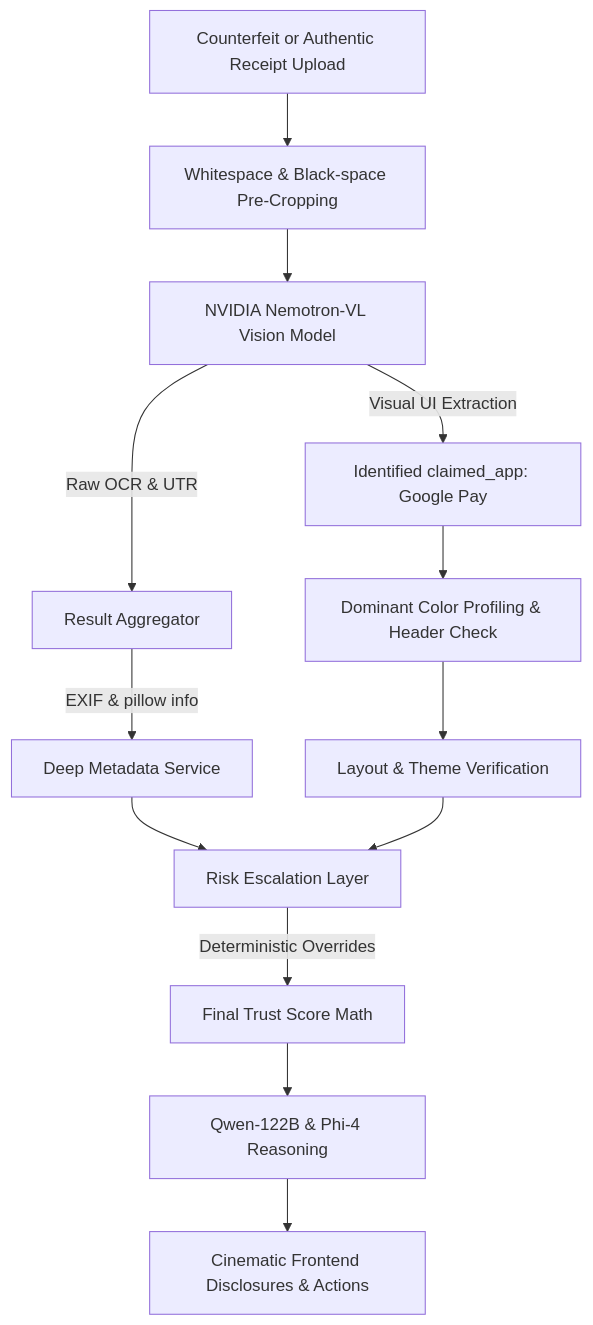
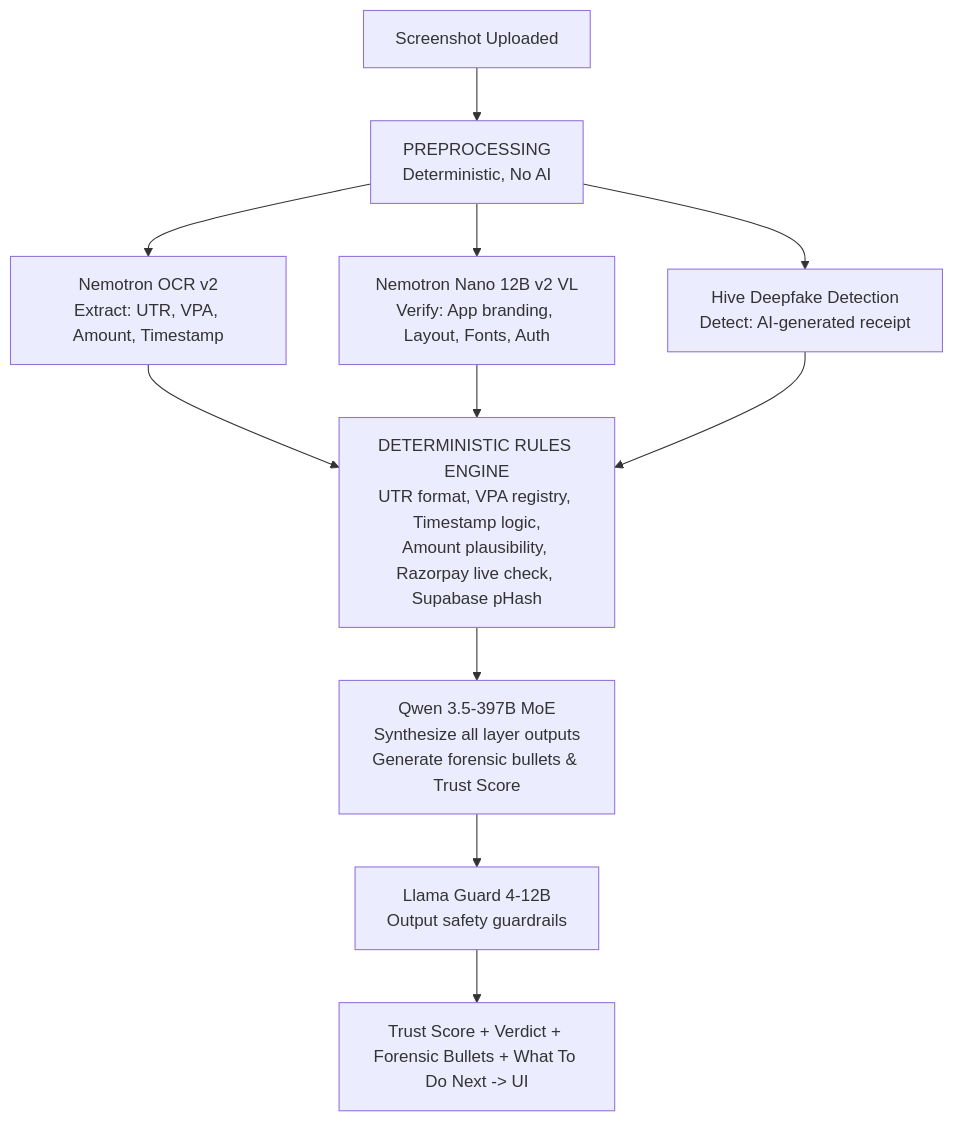
One commit to Kittu2007/TrustLayer changed the diagram in artifacts/tustlayer/README.md. Above: the diagram before and after it, drawn with Mermaid. The commit also changed other lines of this file and 1 other file, not shown here.

````diff
--- a/artifacts/tustlayer/README.md
+++ b/artifacts/tustlayer/README.md
@@ -42,15 +41,20 @@
 ```mermaid
 graph TD
-    A[Counterfeit or Authentic Receipt Upload] --> B[Whitespace & Black-space Pre-Cropping]
-    B --> C[NVIDIA Nemotron-VL Vision Model]
-    C -->|Visual UI Extraction| D[Identified claimed_app: Google Pay]
-    C -->|Raw OCR & UTR| E[Result Aggregator]
-    D --> F[Dominant Color Profiling & Header Check]
-    E -->|EXIF & pillow info| G[Deep Metadata Service]
-    F --> H[Layout & Theme Verification]
-    G --> I[Risk Escalation Layer]
-    H --> I
-    I -->|Deterministic Overrides| J[Final Trust Score Math]
-    J --> K[Qwen-122B & Phi-4 Reasoning]
-    K --> L[Cinematic Frontend Disclosures & Actions]
+    A[Screenshot Uploaded] --> B[PREPROCESSING<br/>Deterministic, No AI]
+    
+    B --> C1[Nemotron OCR v2<br/>Extract: UTR, VPA, Amount, Timestamp]
+    B --> C2[Nemotron Nano 12B v2 VL<br/>Verify: App branding, Layout, Fonts, Auth]
+    B --> C3[Hive Deepfake Detection<br/>Detect: AI-generated receipt]
+    
+    C1 --> D
+    C2 --> D
+    C3 --> D
+    
+    D[DETERMINISTIC RULES ENGINE<br/>UTR format, VPA registry, Timestamp logic,<br/>Amount plausibility, Razorpay live check, Supabase pHash]
+    
+    D --> E[Qwen 3.5-397B MoE<br/>Synthesize all layer outputs<br/>Generate forensic bullets & Trust Score]
+    
+    E --> F[Llama Guard 4-12B<br/>Output safety guardrails]
+    
+    F --> G[Trust Score + Verdict + Forensic Bullets + What To Do Next -> UI]
 ```
````
